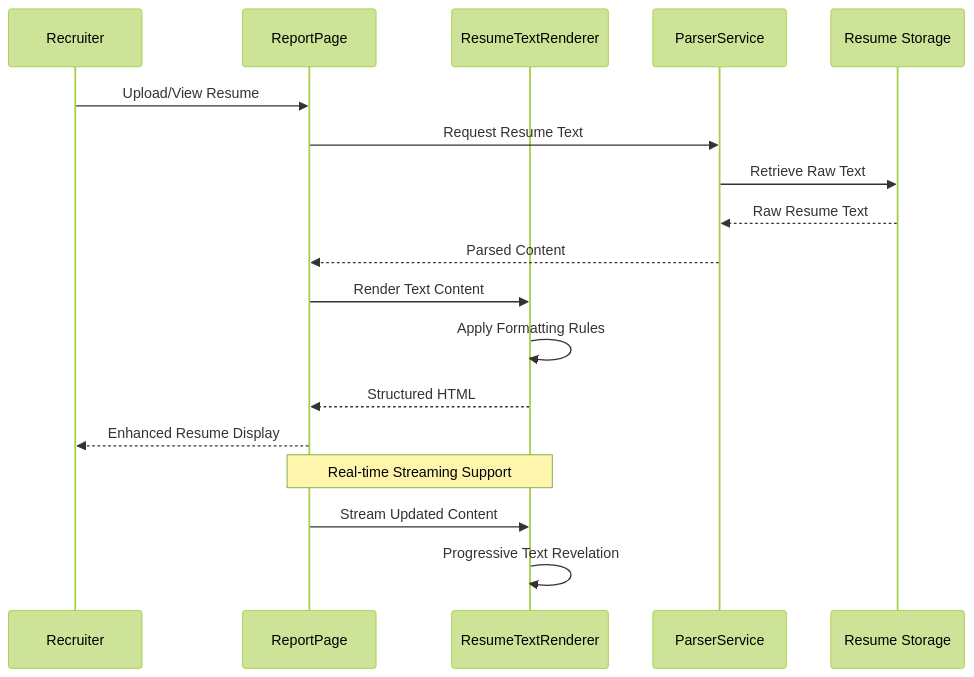
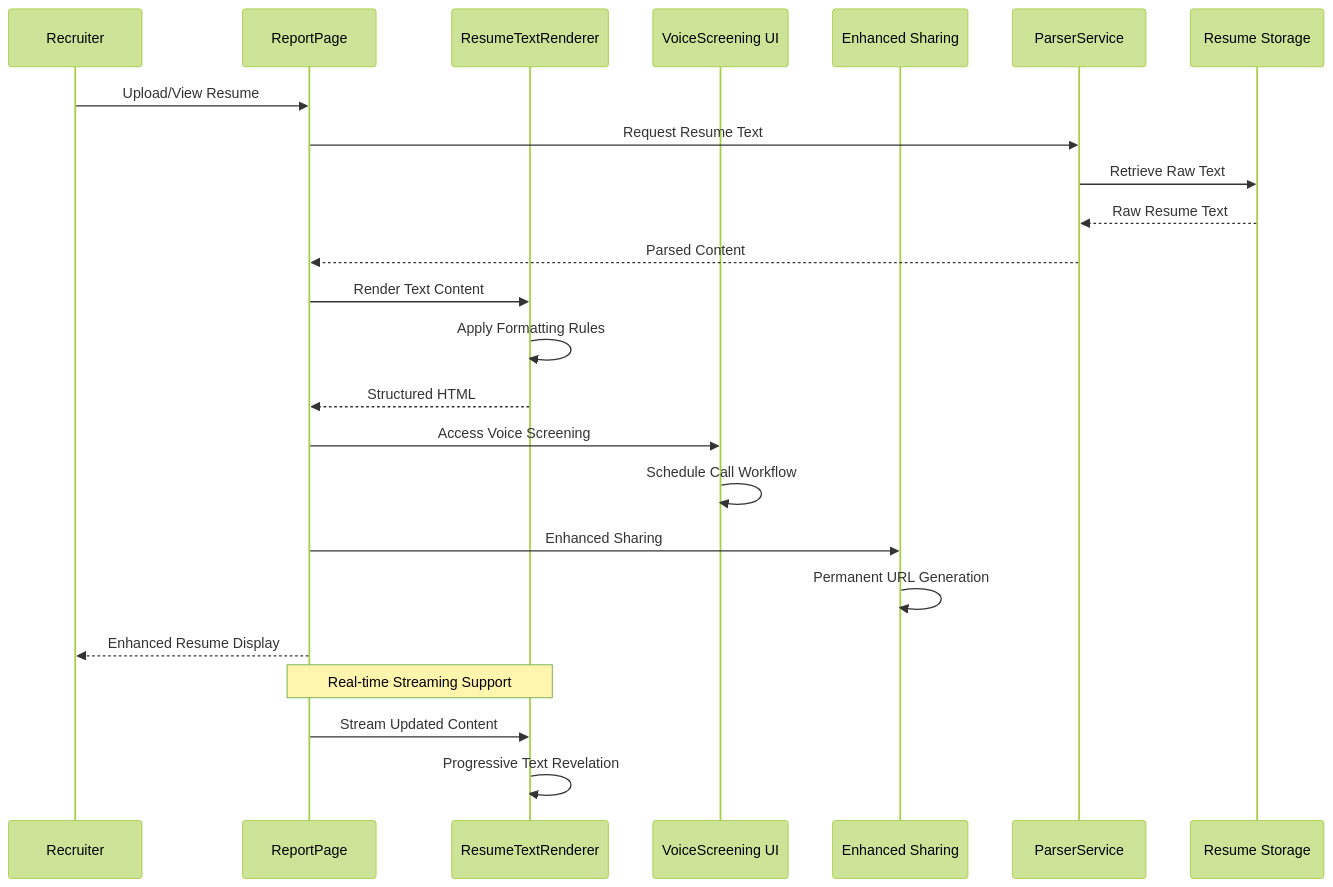
The second of 12 diagrams in .qoder/repowiki/en/content/Frontend Architecture/Page Structure/Enhanced Resume Text Rendering Component.md (Revanththetalogics/aireume), drawn with Mermaid (forest theme) before and after one commit. The commit also changed other lines of this file and 39 other files, not shown here.

````diff
--- a/.qoder/repowiki/en/content/Frontend Architecture/Page Structure/Enhanced Resume Text Rendering Component.md
+++ b/.qoder/repowiki/en/content/Frontend Architecture/Page Structure/Enhanced Resume Text Rendering Component.md
@@ -101,20 +127,26 @@
 ```mermaid
 sequenceDiagram
 participant User as Recruiter
 participant Frontend as ReportPage
 participant Renderer as ResumeTextRenderer
+participant VoiceUI as VoiceScreening UI
+participant ShareSystem as Enhanced Sharing
 participant Backend as ParserService
 participant Storage as Resume Storage
 User->>Frontend : Upload/View Resume
 Frontend->>Backend : Request Resume Text
 Backend->>Storage : Retrieve Raw Text
 Storage-->>Backend : Raw Resume Text
 Backend-->>Frontend : Parsed Content
 Frontend->>Renderer : Render Text Content
 Renderer->>Renderer : Apply Formatting Rules
 Renderer-->>Frontend : Structured HTML
+Frontend->>VoiceUI : Access Voice Screening
+VoiceUI->>VoiceUI : Schedule Call Workflow
+Frontend->>ShareSystem : Enhanced Sharing
+ShareSystem->>ShareSystem : Permanent URL Generation
 Frontend-->>User : Enhanced Resume Display
 Note over Frontend,Renderer : Real-time Streaming Support
 Frontend->>Renderer : Stream Updated Content
 Renderer->>Renderer : Progressive Text Revelation
 ```
````
